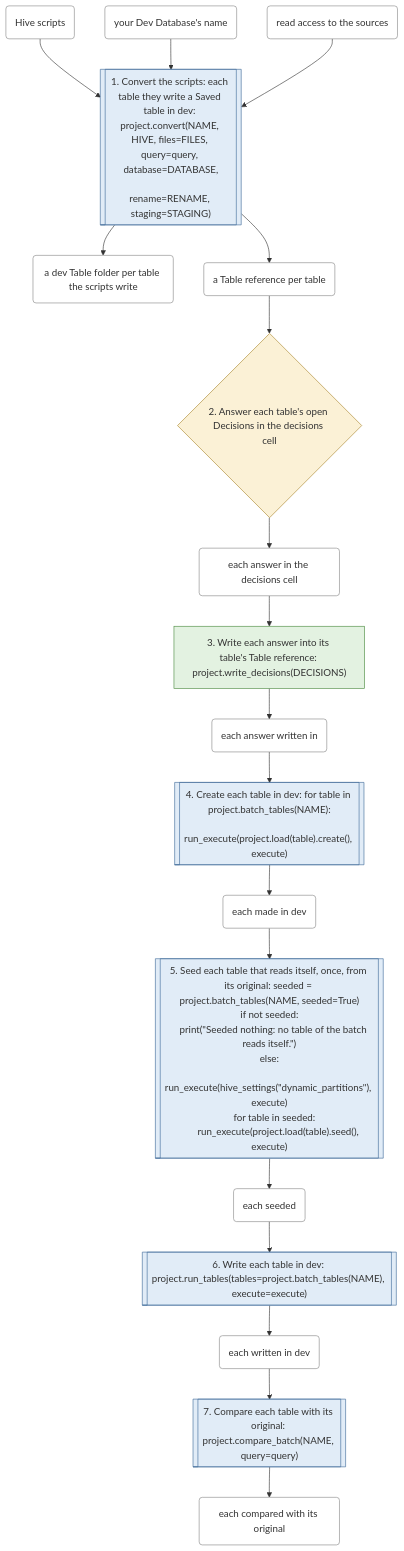
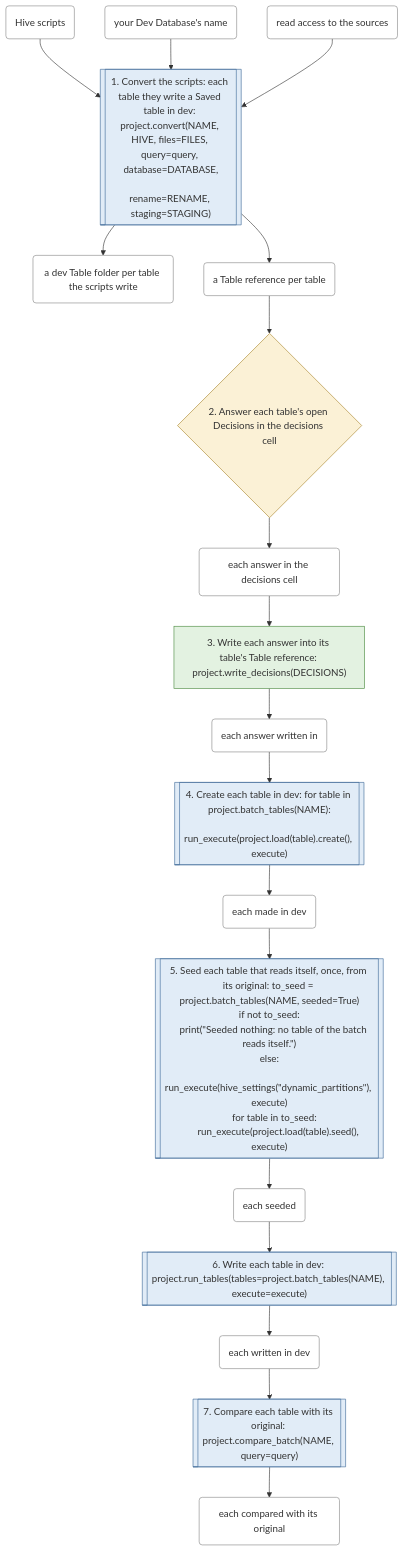
Before and after one commit to EdgyPage/SQL-Composer: the first of 6 diagrams in docs/workflows.md, drawn with Mermaid. The commit also changed other lines of this file and 43 other files, not shown here.

````diff
--- a/docs/workflows.md
+++ b/docs/workflows.md
@@ -31,50 +31,50 @@
 ```mermaid
 flowchart TD
     s0[["1. Convert the scripts: each table they write a Saved table in dev: project.convert(NAME, HIVE, files=FILES, query=query, database=DATABASE,
                 rename=RENAME, staging=STAGING)"]]:::warehouse_call
     s1{"2. Answer each table's open Decisions in the decisions cell"}:::your_decision
     s2["3. Write each answer into its table's Table reference: project.write_decisions(DECISIONS)"]:::files_only
     s3[["4. Create each table in dev: for table in project.batch_tables(NAME):
     run_execute(project.load(table).create(), execute)"]]:::warehouse_call
-    s4[["5. Seed each table that reads itself, once, from its original: seeded = project.batch_tables(NAME, seeded=True)
-if not seeded:
+    s4[["5. Seed each table that reads itself, once, from its original: to_seed = project.batch_tables(NAME, seeded=True)
+if not to_seed:
     print(#quot;Seeded nothing: no table of the batch reads itself.#quot;)
 else:
     run_execute(hive_settings(#quot;dynamic_partitions#quot;), execute)
-    for table in seeded:
+    for table in to_seed:
         run_execute(project.load(table).seed(), execute)"]]:::warehouse_call
     s5[["6. Write each table in dev: project.run_tables(tables=project.batch_tables(NAME), execute=execute)"]]:::warehouse_call
     s6[["7. Compare each table with its original: project.compare_batch(NAME, query=query)"]]:::warehouse_call
     t0("Hive scripts"):::thing
     t1("your Dev Database's name"):::thing
     t2("read access to the sources"):::thing
     t3("a dev Table folder per table the scripts write"):::thing
     t4("a Table reference per table"):::thing
     t5("each answer in the decisions cell"):::thing
     t6("each answer written in"):::thing
     t7("each made in dev"):::thing
     t8("each seeded"):::thing
     t9("each written in dev"):::thing
     t10("each compared with its original"):::thing
     t0 --> s0
     t1 --> s0
     t2 --> s0
     s0 --> t3
     s0 --> t4
     t4 --> s1
     s1 --> t5
     t5 --> s2
     s2 --> t6
     t6 --> s3
     s3 --> t7
     t7 --> s4
     s4 --> t8
     t8 --> s5
     s5 --> t9
     t9 --> s6
     s6 --> t10
     classDef files_only fill:#e3f2e1,stroke:#4a8a3f
     classDef warehouse_call fill:#e1ecf7,stroke:#3f6a9a
     classDef your_decision fill:#fbf1d6,stroke:#a8842a
     classDef thing fill:#ffffff,stroke:#888888
 ```
````
